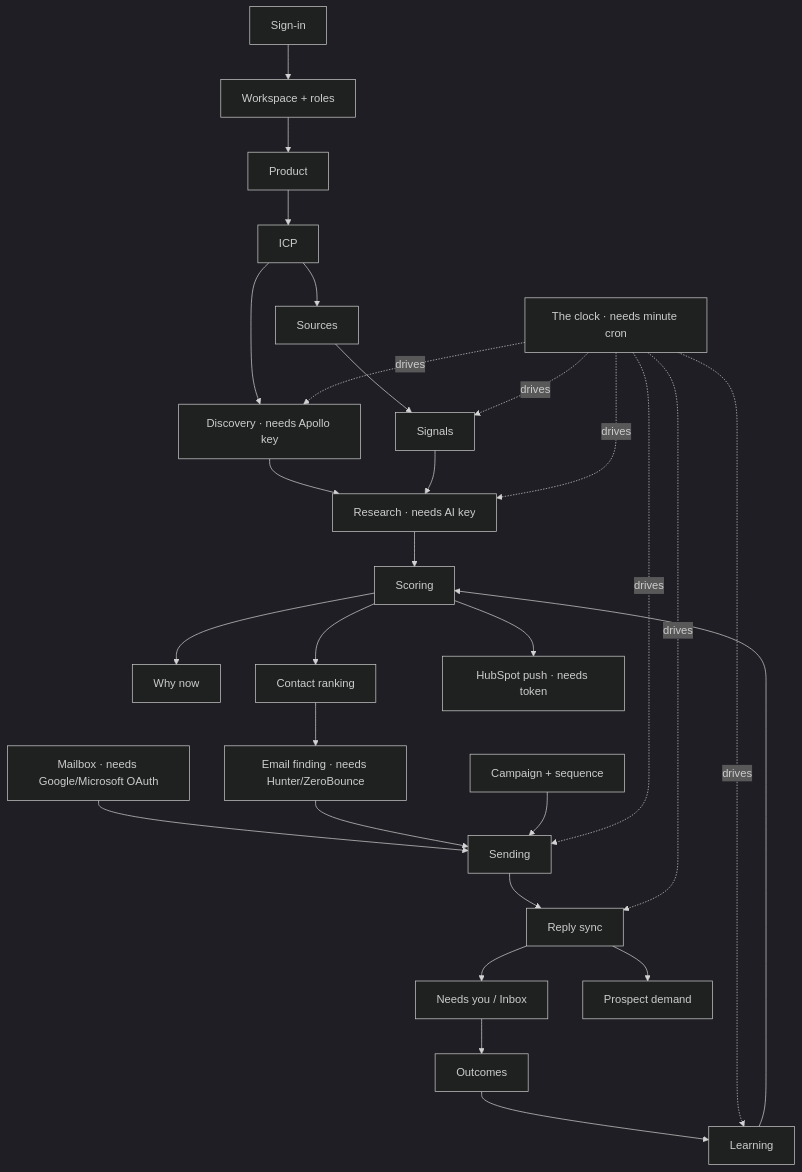
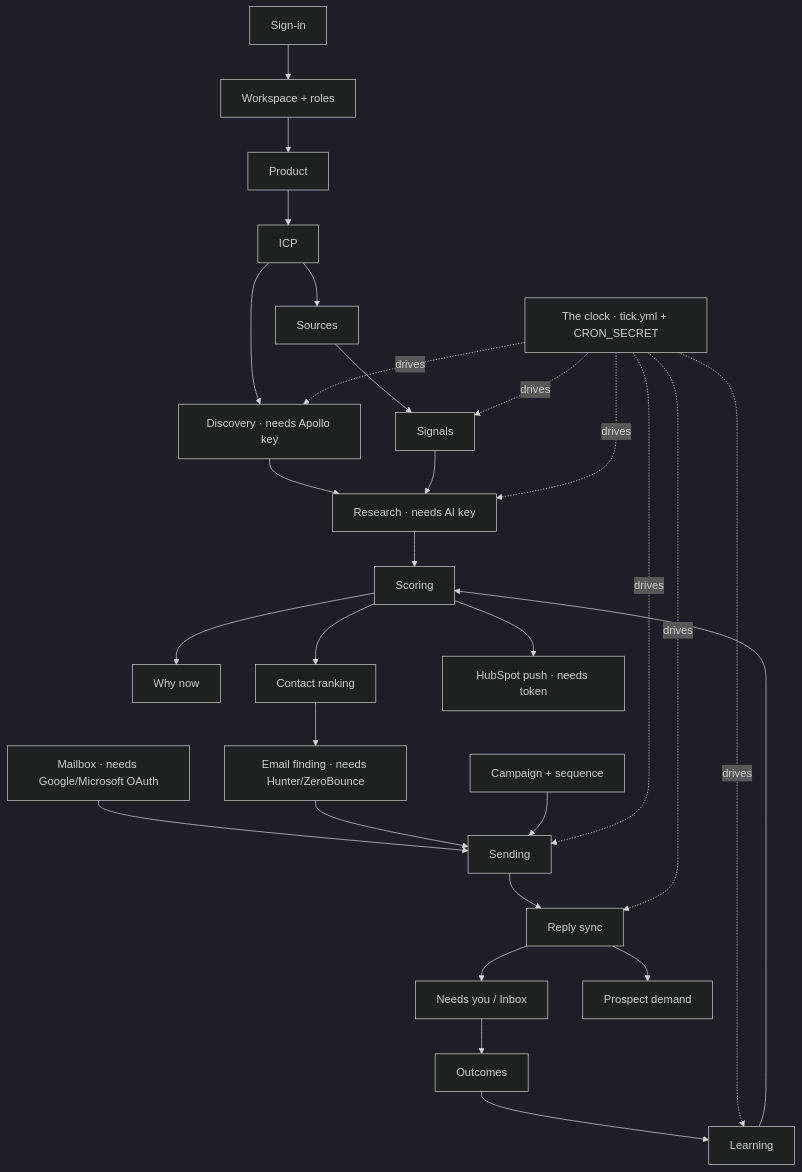
Before and after one commit to arpitcoding007-star/Huntloop: the seventh of 7 diagrams in HUNTLOOP_MASTER_SYSTEM_GUIDE.md, drawn with Mermaid (dark theme). The commit also changed other lines of this file, not shown here.

First line of the commit message:
docs(guide): the engine clock is the 5-minute GitHub Actions tick

````diff
--- a/HUNTLOOP_MASTER_SYSTEM_GUIDE.md
+++ b/HUNTLOOP_MASTER_SYSTEM_GUIDE.md
@@ -746,26 +750,26 @@
 ```mermaid
 flowchart TD
   AUTH[Sign-in] --> WS[Workspace + roles]
   WS --> PROD[Product]
   PROD --> ICP[ICP]
   ICP --> SRCS[Sources]
   ICP --> DISC[Discovery · needs Apollo key]
   SRCS --> SIG[Signals]
   DISC --> RES[Research · needs AI key]
   SIG --> RES
   RES --> SCORE[Scoring]
   SCORE --> WHY[Why now]
   SCORE --> RANK[Contact ranking]
   RANK --> ENR[Email finding · needs Hunter/ZeroBounce]
   MBX[Mailbox · needs Google/Microsoft OAuth] --> SEND[Sending]
   ENR --> SEND
   CAMP[Campaign + sequence] --> SEND
   SEND --> SYNC[Reply sync]
   SYNC --> NY[Needs you / Inbox]
   SYNC --> DEM[Prospect demand]
   NY --> OUTC[Outcomes]
   OUTC --> LEARN[Learning]
   LEARN --> SCORE
   SCORE --> HS[HubSpot push · needs token]
-  TICK[The clock · needs minute cron] -.drives.-> DISC & SIG & RES & SEND & SYNC & LEARN
+  TICK[The clock · tick.yml + CRON_SECRET] -.drives.-> DISC & SIG & RES & SEND & SYNC & LEARN
 ```
````
